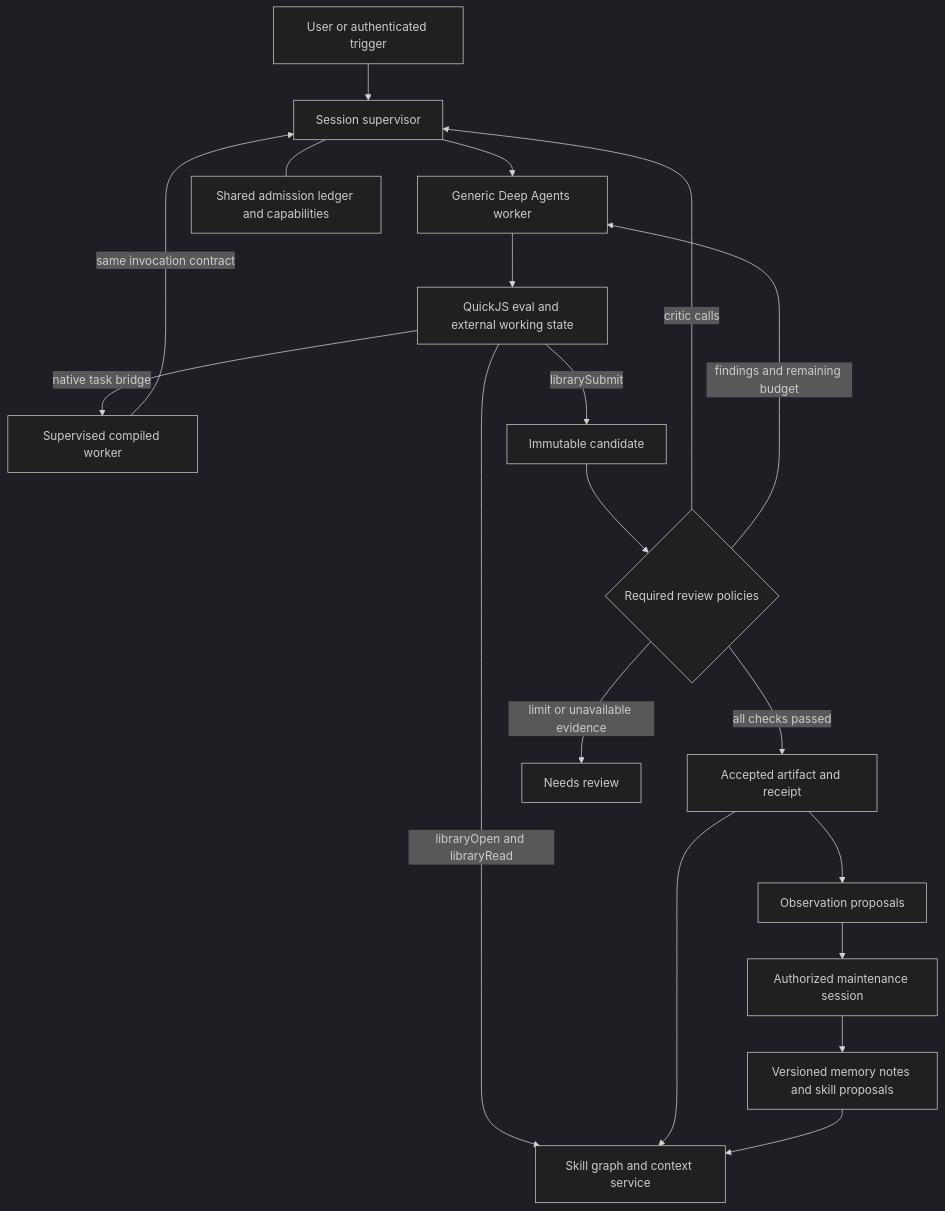
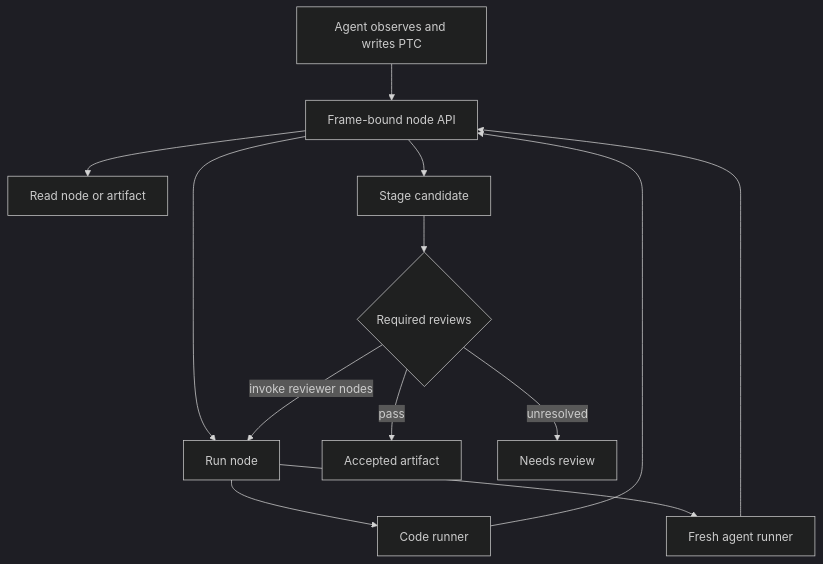
One commit to g-1f/harness changed the diagram in docs/architecture.mmd. Above: the diagram before and after it, drawn with Mermaid (dark theme). The commit also changed 42 other files, not shown here.

First line of the commit message:
Refactor harness around node execution and add branching skill graph demo

```diff
--- a/docs/architecture.mmd
+++ b/docs/architecture.mmd
@@ -1,19 +1,13 @@
-flowchart TB
-    U[User or authenticated trigger] --> S[Session supervisor]
-    S --> W[Generic Deep Agents worker]
-    W --> J[QuickJS eval and external working state]
-    J -->|libraryOpen and libraryRead| G[Skill graph and context service]
-    J -->|native task bridge| C[Supervised compiled worker]
-    C -->|same invocation contract| S
-    J -->|librarySubmit| D[Immutable candidate]
-    D --> R{Required review policies}
-    R -->|critic calls| S
-    R -->|findings and remaining budget| W
-    R -->|all checks passed| A[Accepted artifact and receipt]
-    R -->|limit or unavailable evidence| N[Needs review]
-    S --- B[Shared admission ledger and capabilities]
-    A --> G
-    A --> M[Observation proposals]
-    M --> O[Authorized maintenance session]
-    O --> K[Versioned memory notes and skill proposals]
-    K --> G
+flowchart TD
+    Agent[Agent observes and writes PTC] --> API[Frame-bound node API]
+    API --> Inspect[Read node or artifact]
+    API --> Run[Run node]
+    Run --> Code[Code runner]
+    Run --> Fresh[Fresh agent runner]
+    Code --> API
+    Fresh --> API
+    API --> Stage[Stage candidate]
+    Stage --> Review{Required reviews}
+    Review -->|invoke reviewer nodes| Run
+    Review -->|pass| Accepted[Accepted artifact]
+    Review -->|unresolved| Unresolved[Needs review]
```
